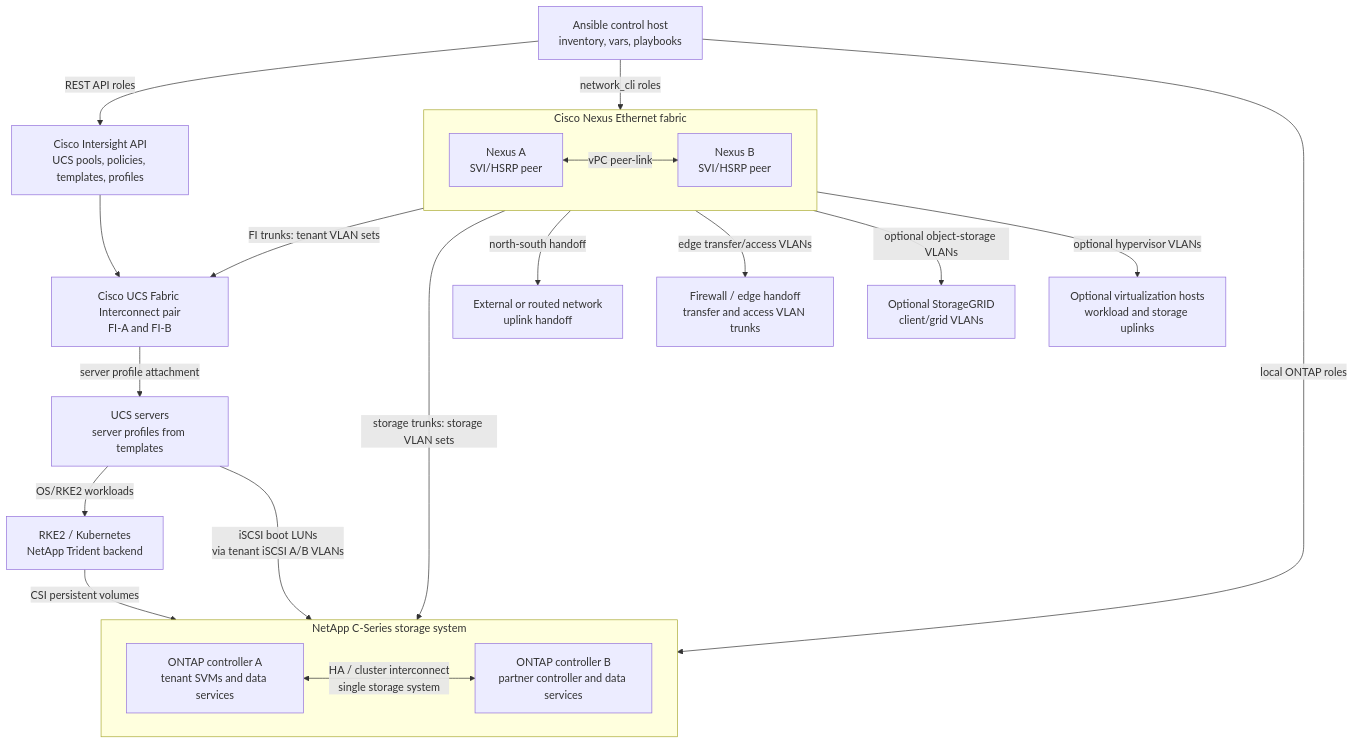
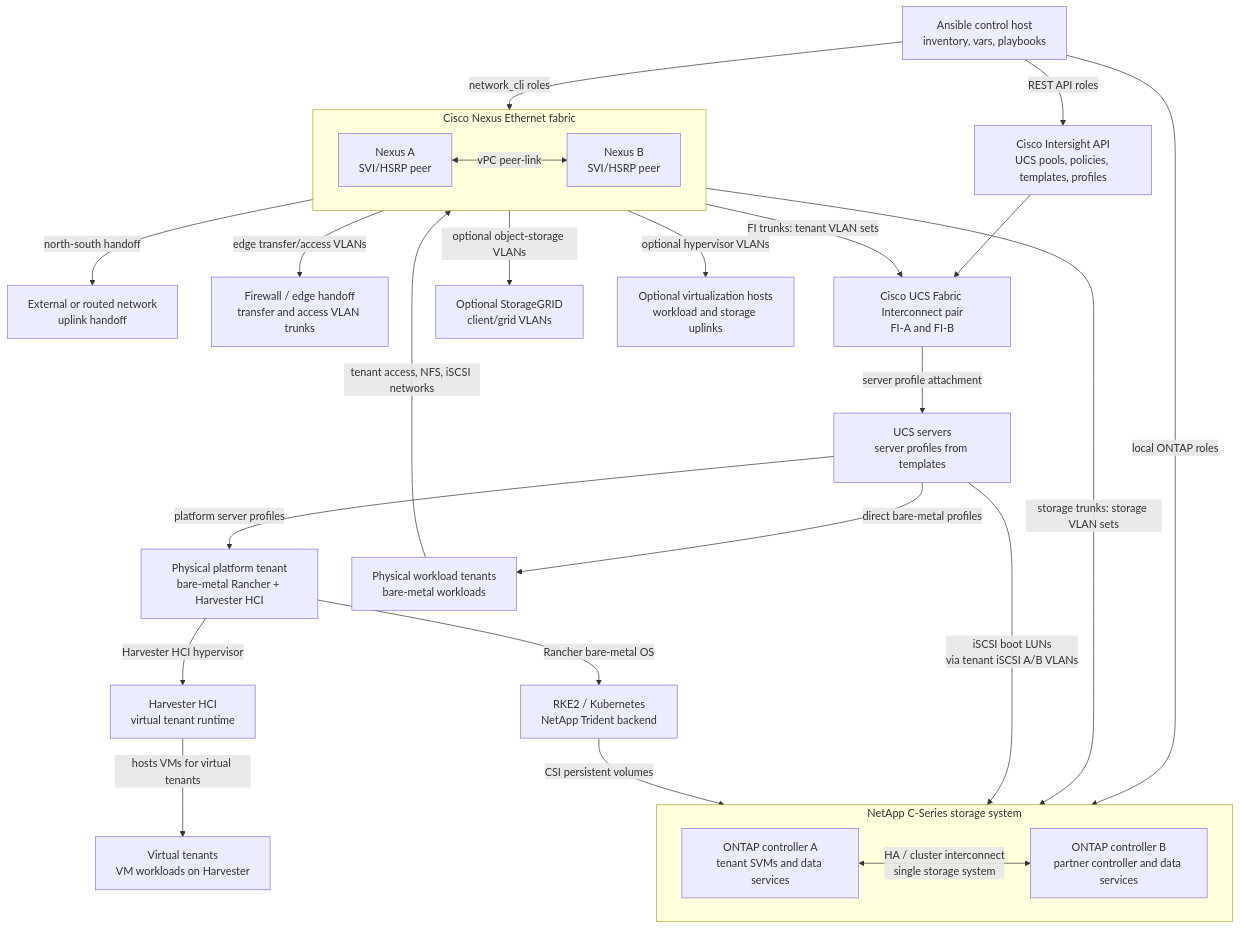
Before and after one commit to ukleidon/FlexPod-IMM-Rancher: the first of 3 diagrams in docs/architecture-overview.md, drawn with Mermaid. The commit also changed other lines of this file and 3 other files, not shown here.

````diff
--- a/docs/architecture-overview.md
+++ b/docs/architecture-overview.md
@@ -20,39 +21,48 @@
 ```mermaid
 flowchart TB
   operator["Ansible control host<br/>inventory, vars, playbooks"]
   intersight["Cisco Intersight API<br/>UCS pools, policies, templates, profiles"]
 
   subgraph ethernet["Cisco Nexus Ethernet fabric"]
     nxa["Nexus A<br/>SVI/HSRP peer"]
     nxb["Nexus B<br/>SVI/HSRP peer"]
     nxa <-->|"vPC peer-link"| nxb
   end
 
   upstream["External or routed network<br/>uplink handoff"]
   firewall["Firewall / edge handoff<br/>transfer and access VLAN trunks"]
   fi["Cisco UCS Fabric Interconnect pair<br/>FI-A and FI-B"]
   ucs["UCS servers<br/>server profiles from templates"]
+  platform["Physical platform tenant<br/>bare-metal Rancher + Harvester HCI"]
+  harvester["Harvester HCI<br/>virtual tenant runtime"]
+  vtenants["Virtual tenants<br/>VM workloads on Harvester"]
+  physicaltenants["Physical workload tenants<br/>bare-metal workloads"]
   subgraph storage["NetApp C-Series storage system"]
     storagea["ONTAP controller A<br/>tenant SVMs and data services"]
     storageb["ONTAP controller B<br/>partner controller and data services"]
     storagea <-->|"HA / cluster interconnect<br/>single storage system"| storageb
   end
   objectstore["Optional StorageGRID<br/>client/grid VLANs"]
   hypervisor["Optional virtualization hosts<br/>workload and storage uplinks"]
   k8s["RKE2 / Kubernetes<br/>NetApp Trident backend"]
 
   operator -->|"network_cli roles"| ethernet
   operator -->|"local ONTAP roles"| storage
   operator -->|"REST API roles"| intersight
   intersight --> fi
   fi -->|"server profile attachment"| ucs
   ethernet -->|"FI trunks: tenant VLAN sets"| fi
   ethernet -->|"storage trunks: storage VLAN sets"| storage
   ethernet -->|"north-south handoff"| upstream
   ethernet -->|"edge transfer/access VLANs"| firewall
   ethernet -->|"optional object-storage VLANs"| objectstore
   ethernet -->|"optional hypervisor VLANs"| hypervisor
   ucs -->|"iSCSI boot LUNs<br/>via tenant iSCSI A/B VLANs"| storage
-  ucs -->|"OS/RKE2 workloads"| k8s
+  ucs -->|"platform server profiles"| platform
+  ucs -->|"direct bare-metal profiles"| physicaltenants
+  platform -->|"Rancher bare-metal OS"| k8s
+  platform -->|"Harvester HCI hypervisor"| harvester
+  harvester -->|"hosts VMs for virtual tenants"| vtenants
+  physicaltenants -->|"tenant access, NFS, iSCSI networks"| ethernet
   k8s -->|"CSI persistent volumes"| storage
 ```
````
